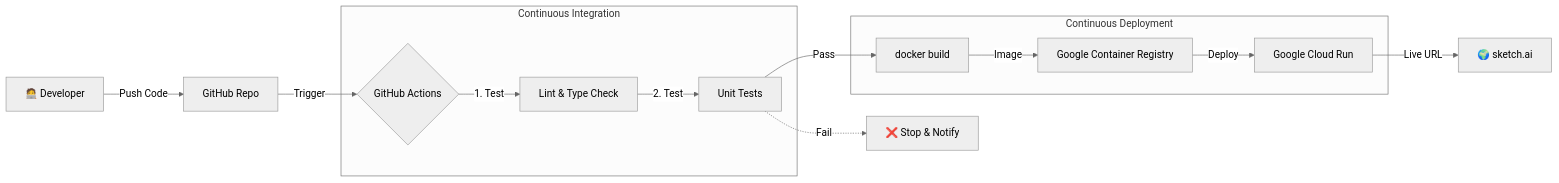
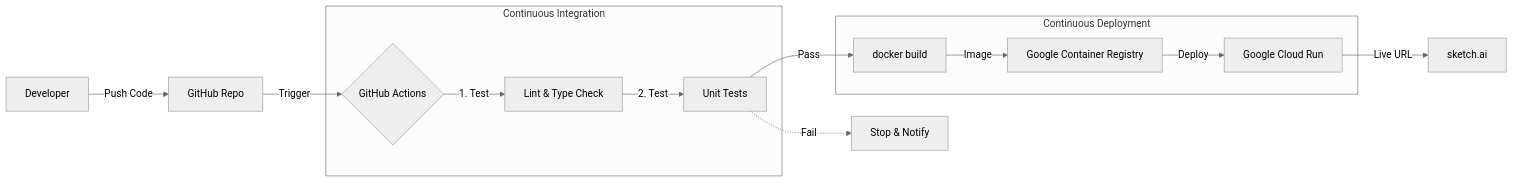
The diagram in docs/architecture/DEPLOYMENT.md (aminkhalili96/sketch.ai), drawn with Mermaid (neutral theme) before and after one commit. The commit also changed other lines of this file and 206 other files, not shown here.

First line of the commit message:
feat: major refactor — 3-layer architecture, 3 new devices, unified single-mode UI

````diff
--- a/docs/architecture/DEPLOYMENT.md
+++ b/docs/architecture/DEPLOYMENT.md
@@ -17,19 +17,19 @@
 ```mermaid
 graph LR
-    A[🧑‍💻 Developer] -->|Push Code| B[GitHub Repo]
+    A[Developer] -->|Push Code| B[GitHub Repo]
     B -->|Trigger| C{GitHub Actions}
     
     subgraph CI [Continuous Integration]
         C -->|1. Test| D[Lint & Type Check]
         D -->|2. Test| E[Unit Tests]
     end
     
     subgraph CD [Continuous Deployment]
         E -->|Pass| F[docker build]
         F -->|Image| G[Google Container Registry]
         G -->|Deploy| H[Google Cloud Run]
     end
     
-    H -->|Live URL| I[🌍 sketch.ai]
-    E -.->|Fail| J[❌ Stop & Notify]
+    H -->|Live URL| I[sketch.ai]
+    E -.->|Fail| J[Stop & Notify]
 ```
````
